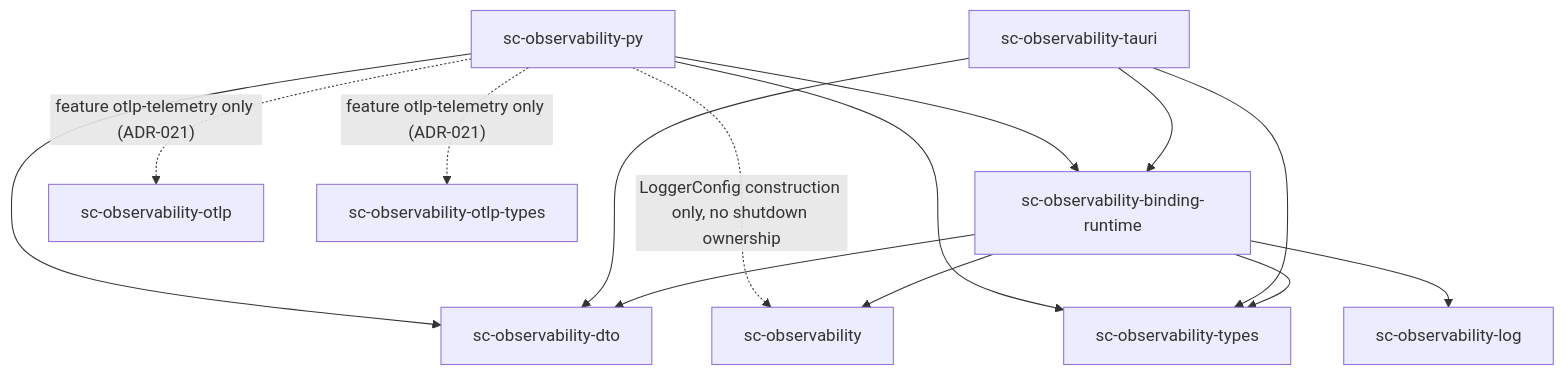
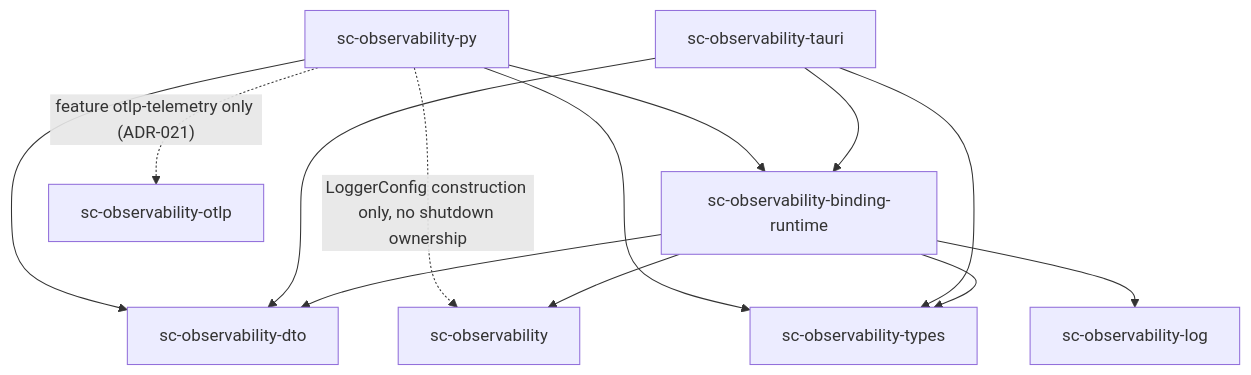
One commit to randlee/sc-observability changed the diagram in docs/architecture.md. Above: the diagram before and after it, drawn with Mermaid. The commit also changed other lines of this file and 8 other files, not shown here.

````diff
--- a/docs/architecture.md
+++ b/docs/architecture.md
@@ -746,16 +745,15 @@
 ```mermaid
 graph TD
   Runtime[sc-observability-binding-runtime] --> Core[sc-observability]
   Runtime --> Types[sc-observability-types]
   Runtime --> DTO[sc-observability-dto]
   Runtime --> Bridge[sc-observability-log]
   Tauri[sc-observability-tauri] --> Runtime
   Tauri --> DTO
   Tauri --> Types
   Python[sc-observability-py] --> Runtime
   Python --> DTO
   Python --> Types
   Python -. "LoggerConfig construction only, no shutdown ownership" .-> Core
   Python -. "feature otlp-telemetry only (ADR-021)" .-> OTLP[sc-observability-otlp]
-  Python -. "feature otlp-telemetry only (ADR-021)" .-> OtlpTypes[sc-observability-otlp-types]
 ```
````
